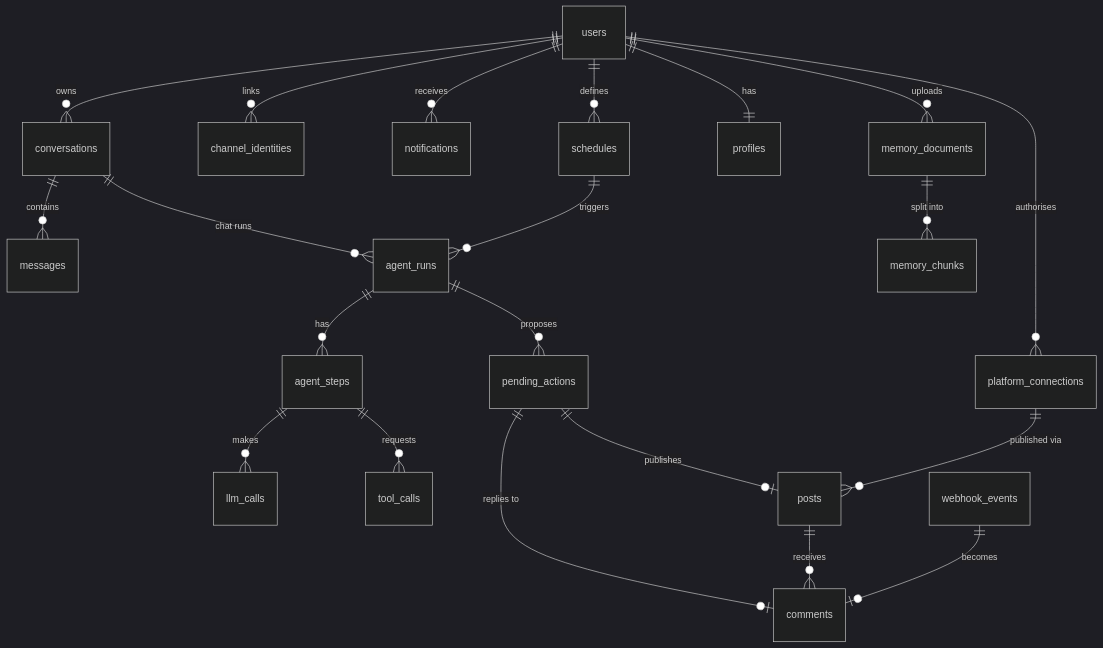
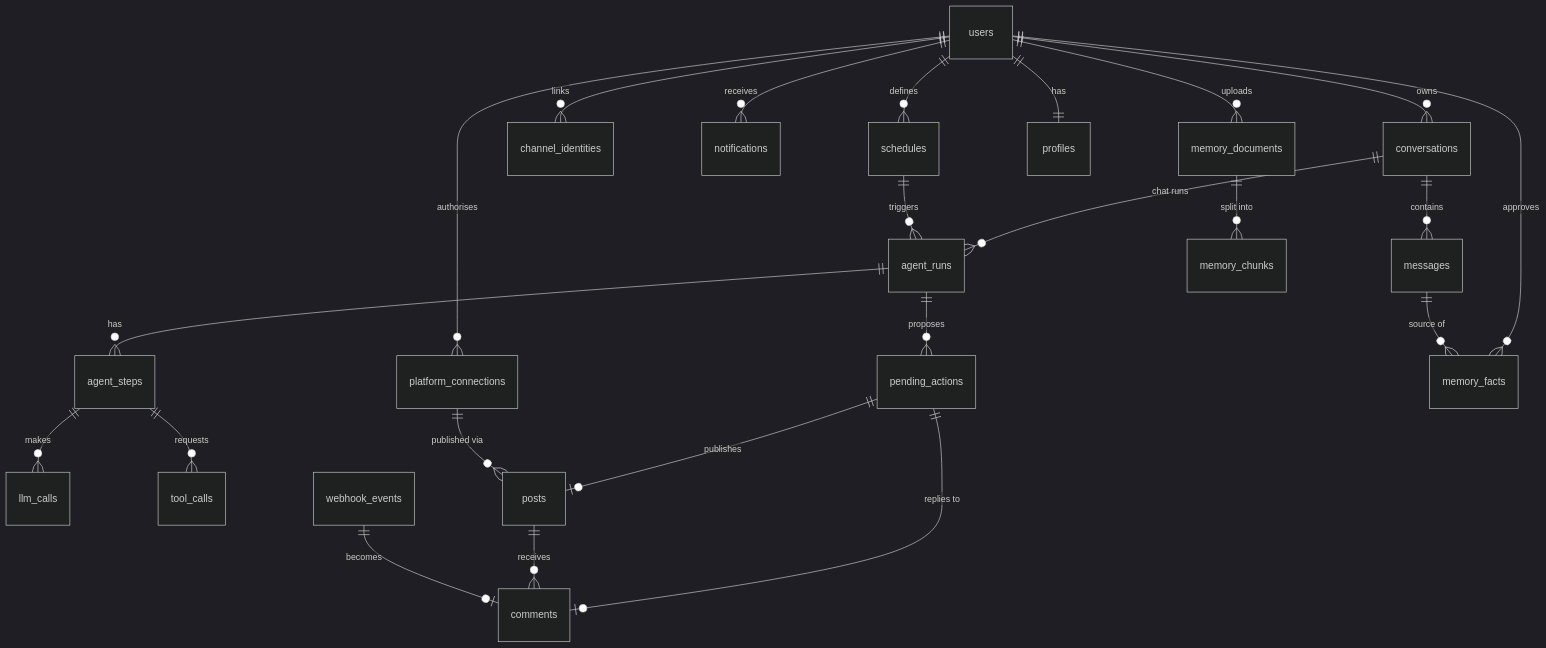
One commit to gmnhussain/khadim changed the diagram in docs/architecture/data-model.md. Above: the diagram before and after it, drawn with Mermaid (dark theme). The commit also changed other lines of this file and 6 other files, not shown here.

First line of the commit message:
docs(memory): design owner-approved learned facts

````diff
--- a/docs/architecture/data-model.md
+++ b/docs/architecture/data-model.md
@@ -17,23 +17,25 @@
 ```mermaid
 erDiagram
   users ||--o{ conversations : owns
   users ||--o{ channel_identities : links
   users ||--o{ notifications : receives
   conversations ||--o{ messages : contains
   conversations ||--o{ agent_runs : "chat runs"
   agent_runs ||--o{ agent_steps : has
   agent_steps ||--o{ llm_calls : makes
   agent_steps ||--o{ tool_calls : requests
   agent_runs ||--o{ pending_actions : proposes
   pending_actions ||--o| posts : "publishes"
   pending_actions ||--o| comments : "replies to"
   users ||--o{ platform_connections : authorises
   platform_connections ||--o{ posts : "published via"
   posts ||--o{ comments : receives
   users ||--o{ schedules : defines
   schedules ||--o{ agent_runs : triggers
   users ||--|| profiles : has
   users ||--o{ memory_documents : uploads
   memory_documents ||--o{ memory_chunks : "split into"
+  users ||--o{ memory_facts : approves
+  messages ||--o{ memory_facts : "source of"
   webhook_events ||--o| comments : "becomes"
 ```
````
